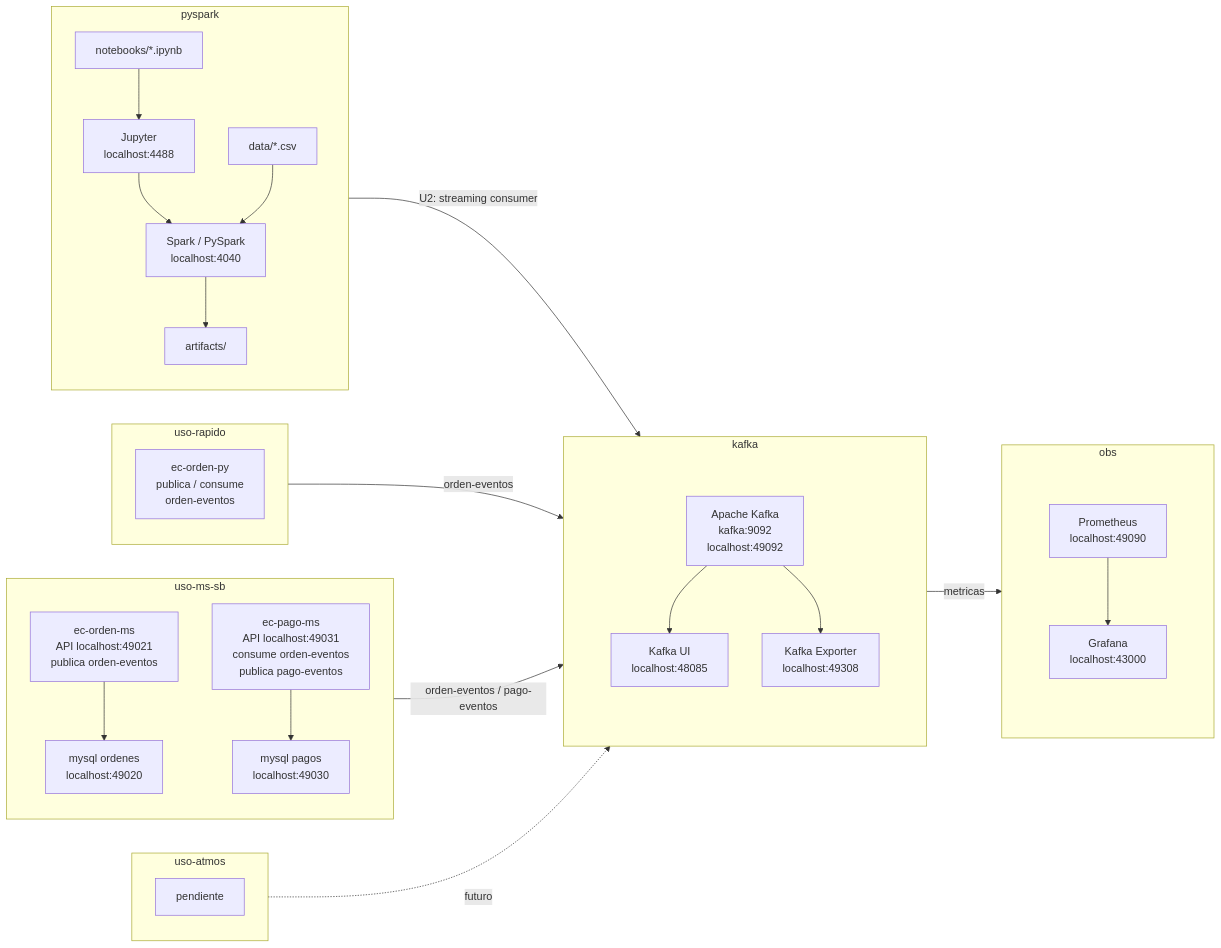
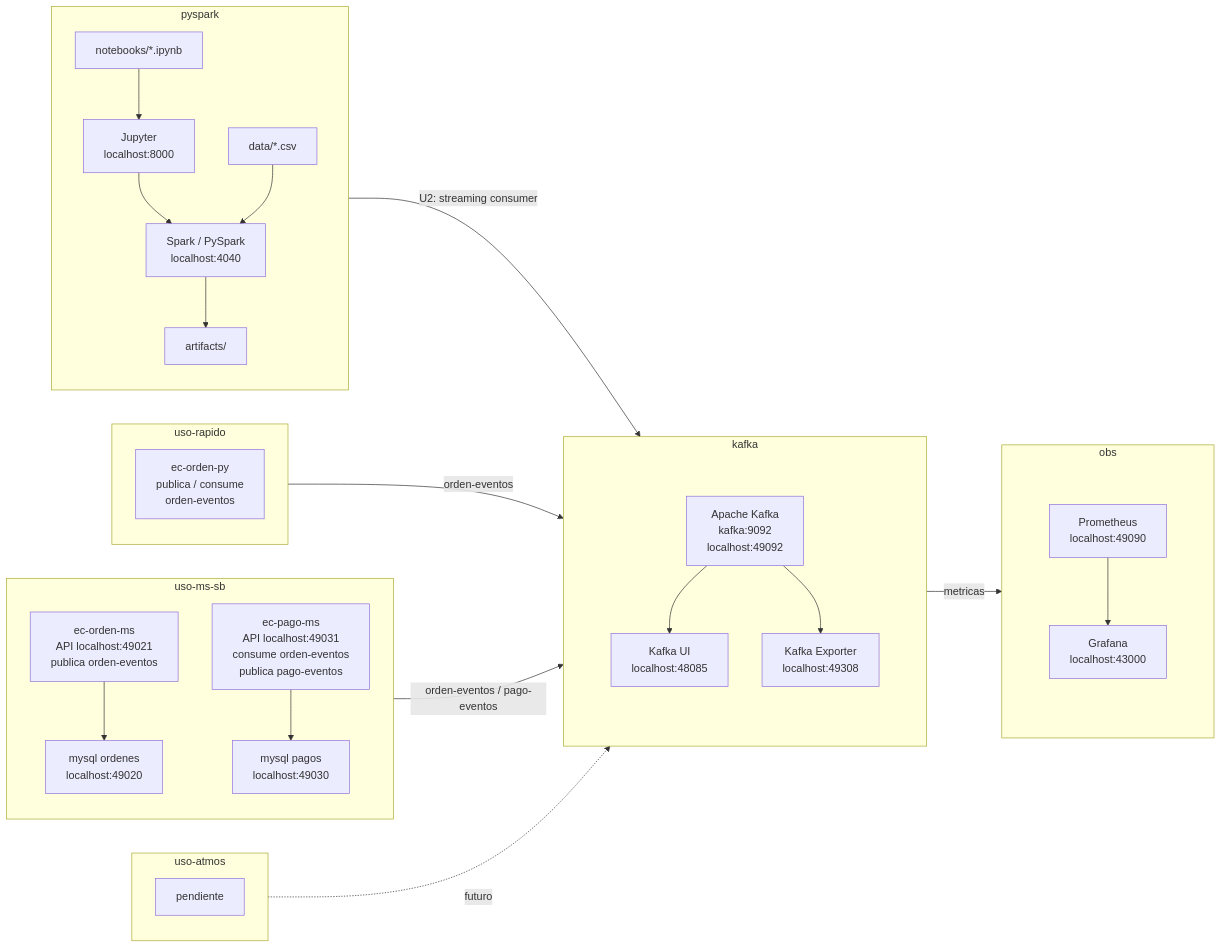
One commit to 261bigdata/lambdalab changed the diagram in pyspark/notebooks/index.md. Above: the diagram before and after it, drawn with Mermaid. The commit also changed 3 other files, not shown here.

````diff
--- a/pyspark/notebooks/index.md
+++ b/pyspark/notebooks/index.md
@@ -7,62 +7,62 @@
 ```mermaid
 flowchart LR
     subgraph PySparkModule["pyspark"]
         direction TB
         Notebooks["notebooks/*.ipynb"]
-        Jupyter["Jupyter<br/>localhost:4488"]
+        Jupyter["Jupyter<br/>localhost:8000"]
         Spark["Spark / PySpark<br/>localhost:4040"]
         Data["data/*.csv"]
         Artifacts["artifacts/"]
         Notebooks --> Jupyter --> Spark
         Data --> Spark --> Artifacts
     end
 
     subgraph UseFast["uso-rapido"]
         PyQuick["ec-orden-py<br/>publica / consume<br/>orden-eventos"]
     end
 
     subgraph UseMS["uso-ms-sb"]
         direction TB
         OrdenMS["ec-orden-ms<br/>API localhost:49021<br/>publica orden-eventos"]
         OrdenDB["mysql ordenes<br/>localhost:49020"]
         PagoMS["ec-pago-ms<br/>API localhost:49031<br/>consume orden-eventos<br/>publica pago-eventos"]
         PagoDB["mysql pagos<br/>localhost:49030"]
         OrdenMS --> OrdenDB
         PagoMS --> PagoDB
     end
 
     subgraph UseIoT["uso-atmos"]
         IoT["pendiente"]
     end
 
     subgraph KafkaModule["kafka"]
         direction TB
         subgraph KafkaStack[" "]
             direction TB
             Kafka["Apache Kafka<br/>kafka:9092<br/>localhost:49092"]
             KafkaUI["Kafka UI<br/>localhost:48085"]
             KafkaExporter["Kafka Exporter<br/>localhost:49308"]
             Kafka --> KafkaUI
             Kafka --> KafkaExporter
         end
     end
 
     subgraph ObsModule["obs"]
         direction TB
         subgraph ObsStack[" "]
             direction TB
             Prometheus["Prometheus<br/>localhost:49090"]
             Grafana["Grafana<br/>localhost:43000"]
             Prometheus --> Grafana
         end
     end
 
     PySparkModule -->|"U2: streaming consumer"| Kafka
     UseFast -->|"orden-eventos"| Kafka
     UseMS -->|"orden-eventos / pago-eventos"| Kafka
     UseIoT -. "futuro" .-> Kafka
     KafkaExporter -->|"metricas"| Prometheus
 
     style KafkaStack fill:transparent,stroke:transparent,color:transparent
     style ObsStack fill:transparent,stroke:transparent,color:transparent
 ```
````
